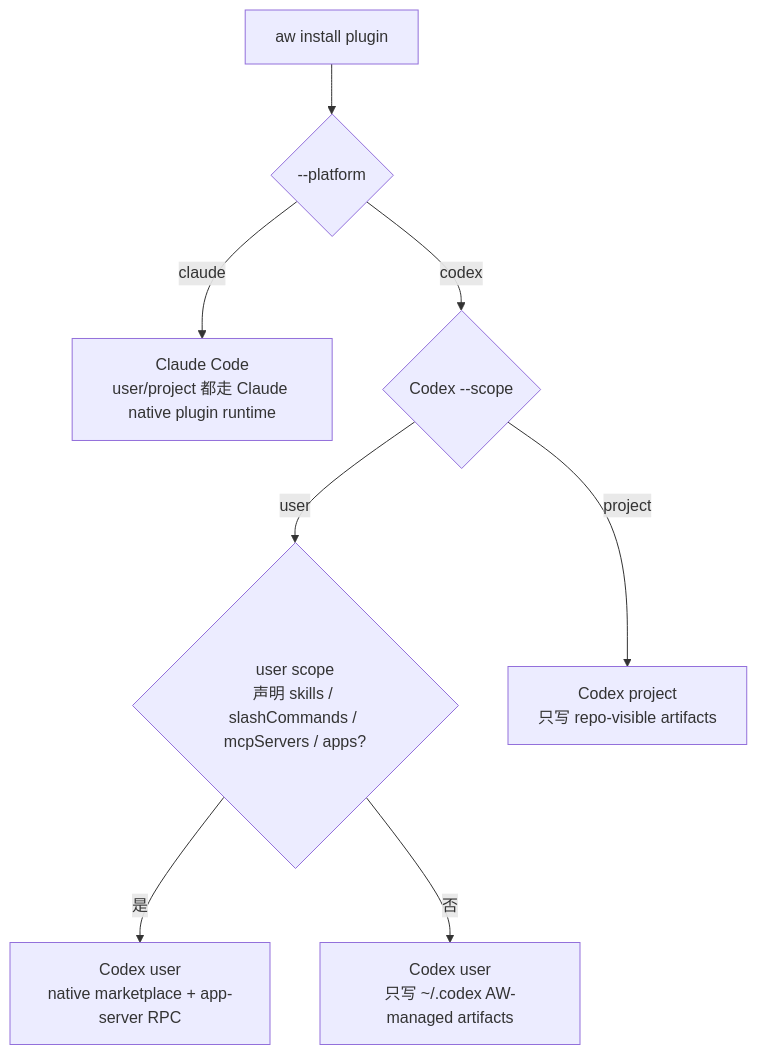
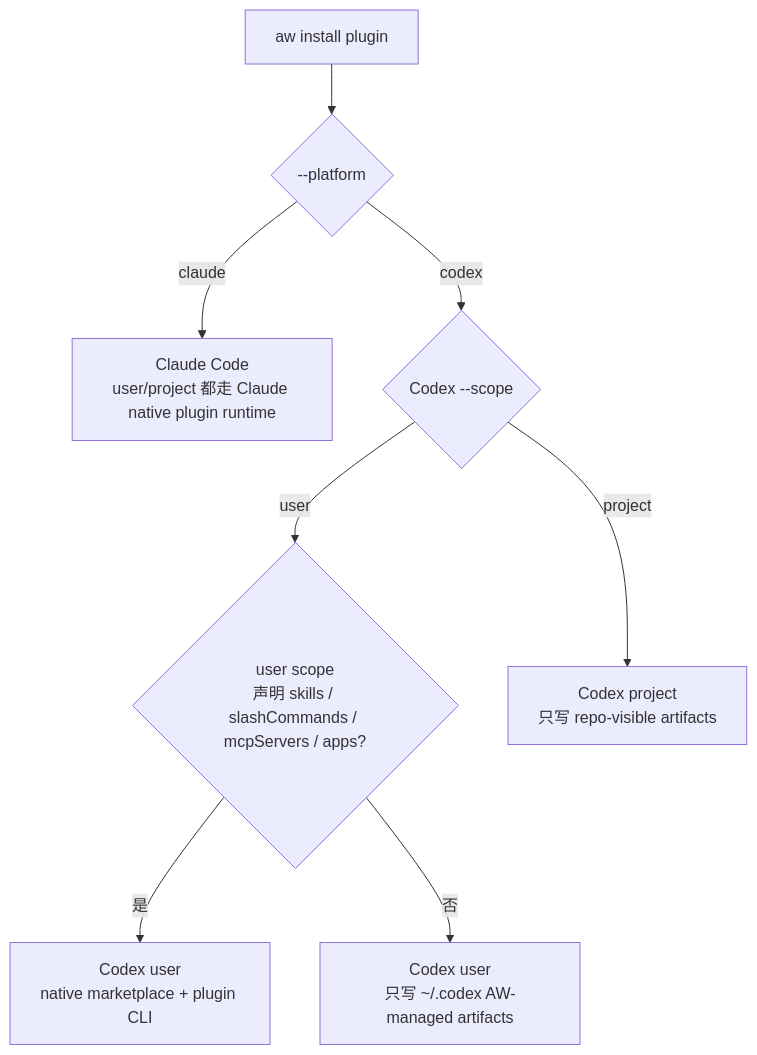
One commit to lesliechan721-arch/agent-workflow changed the third of 6 diagrams in docs/plugin-installation-technical-details.md. Above: the diagram before and after it, drawn with Mermaid. The commit also changed other lines of this file and 71 other files, not shown here.

First line of the commit message:
feat(cli): 增加 agent 版本门禁并对齐 Codex 0.131

````diff
--- a/docs/plugin-installation-technical-details.md
+++ b/docs/plugin-installation-technical-details.md
@@ -281,19 +281,19 @@
 ```mermaid
 flowchart TD
   cmd["aw install plugin"]
   platform{"--platform"}
   claude["Claude Code<br/>user/project 都走 Claude native plugin runtime"]
   codexScope{"Codex --scope"}
   codexUserNeed{"user scope<br/>声明 skills / slashCommands / mcpServers / apps?"}
-  codexUserNative["Codex user<br/>native marketplace + app-server RPC"]
+  codexUserNative["Codex user<br/>native marketplace + plugin CLI"]
   codexUserArtifacts["Codex user<br/>只写 ~/.codex AW-managed artifacts"]
   codexProject["Codex project<br/>只写 repo-visible artifacts"]
 
   cmd --> platform
   platform -- "claude" --> claude
   platform -- "codex" --> codexScope
   codexScope -- "user" --> codexUserNeed
   codexUserNeed -- "是" --> codexUserNative
   codexUserNeed -- "否" --> codexUserArtifacts
   codexScope -- "project" --> codexProject
 ```
````
